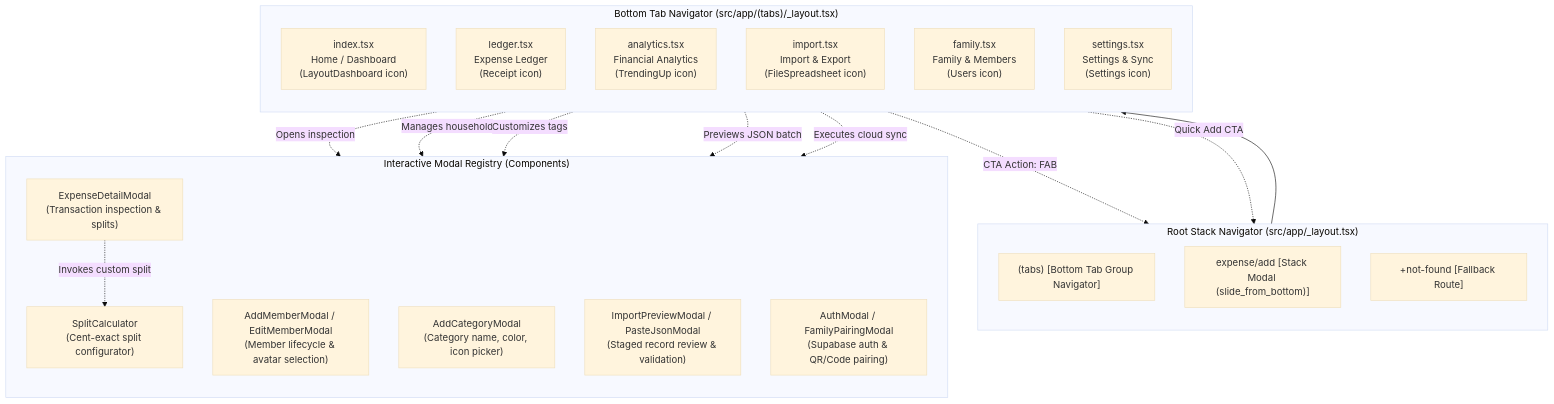
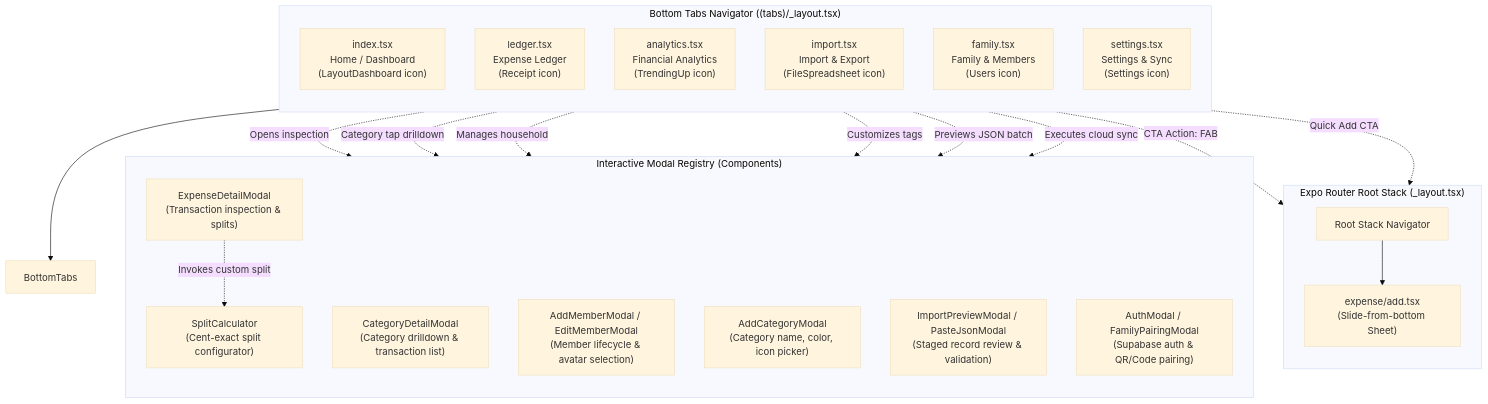
Before and after one commit to Bert0ns/bert0ns-family-management: the second of 3 diagrams in docs/architecture/02-screens-and-navigation.md, drawn with Mermaid (base theme). The commit also changed other lines of this file and 15 other files, not shown here.

````diff
--- a/docs/architecture/02-screens-and-navigation.md
+++ b/docs/architecture/02-screens-and-navigation.md
@@ -14,39 +32,41 @@
 ```mermaid
-flowchart TB
-    subgraph RootStack ["Root Stack Navigator (src/app/_layout.tsx)"]
+graph TB
+    subgraph NavigationRoot ["Expo Router Root Stack (_layout.tsx)"]
         direction TB
-        TabsGroup["(tabs) [Bottom Tab Group Navigator]"]
-        AddExpenseModal["expense/add [Stack Modal (slide_from_bottom)]"]
-        NotFoundRoute["+not-found [Fallback Route]"]
+        RootStack["Root Stack Navigator"]
+        AddExpenseModal["expense/add.tsx<br/>(Slide-from-bottom Sheet)"]
+        RootStack --> AddExpenseModal
     end
 
-    subgraph BottomTabs ["Bottom Tab Navigator (src/app/(tabs)/_layout.tsx)"]
+    subgraph TabsGroup ["Bottom Tabs Navigator ((tabs)/_layout.tsx)"]
         direction TB
         TabDashboard["index.tsx<br/>Home / Dashboard<br/>(LayoutDashboard icon)"]
         TabLedger["ledger.tsx<br/>Expense Ledger<br/>(Receipt icon)"]
         TabAnalytics["analytics.tsx<br/>Financial Analytics<br/>(TrendingUp icon)"]
         TabImport["import.tsx<br/>Import & Export<br/>(FileSpreadsheet icon)"]
         TabFamily["family.tsx<br/>Family & Members<br/>(Users icon)"]
         TabSettings["settings.tsx<br/>Settings & Sync<br/>(Settings icon)"]
     end
 
     subgraph ModalRegistry ["Interactive Modal Registry (Components)"]
         direction TB
         DetailModal["ExpenseDetailModal<br/>(Transaction inspection & splits)"]
+        CategoryDetailModal["CategoryDetailModal<br/>(Category drilldown & transaction list)"]
         SplitCalcModal["SplitCalculator<br/>(Cent-exact split configurator)"]
         MemberModals["AddMemberModal / EditMemberModal<br/>(Member lifecycle & avatar selection)"]
         CategoryModal["AddCategoryModal<br/>(Category name, color, icon picker)"]
         ImportModals["ImportPreviewModal / PasteJsonModal<br/>(Staged record review & validation)"]
         SyncModals["AuthModal / FamilyPairingModal<br/>(Supabase auth & QR/Code pairing)"]
     end
 
     TabsGroup --> BottomTabs
     TabLedger -.->|"Opens inspection"| DetailModal
+    TabAnalytics -.->|"Category tap drilldown"| CategoryDetailModal
     DetailModal -.->|"Invokes custom split"| SplitCalcModal
     TabFamily -.->|"Manages household"| MemberModals
     TabFamily -.->|"Customizes tags"| CategoryModal
     TabImport -.->|"Previews JSON batch"| ImportModals
     TabSettings -.->|"Executes cloud sync"| SyncModals
     TabLedger -.->|"CTA Action: FAB"| AddExpenseModal
     TabDashboard -.->|"Quick Add CTA"| AddExpenseModal
 ```
````
